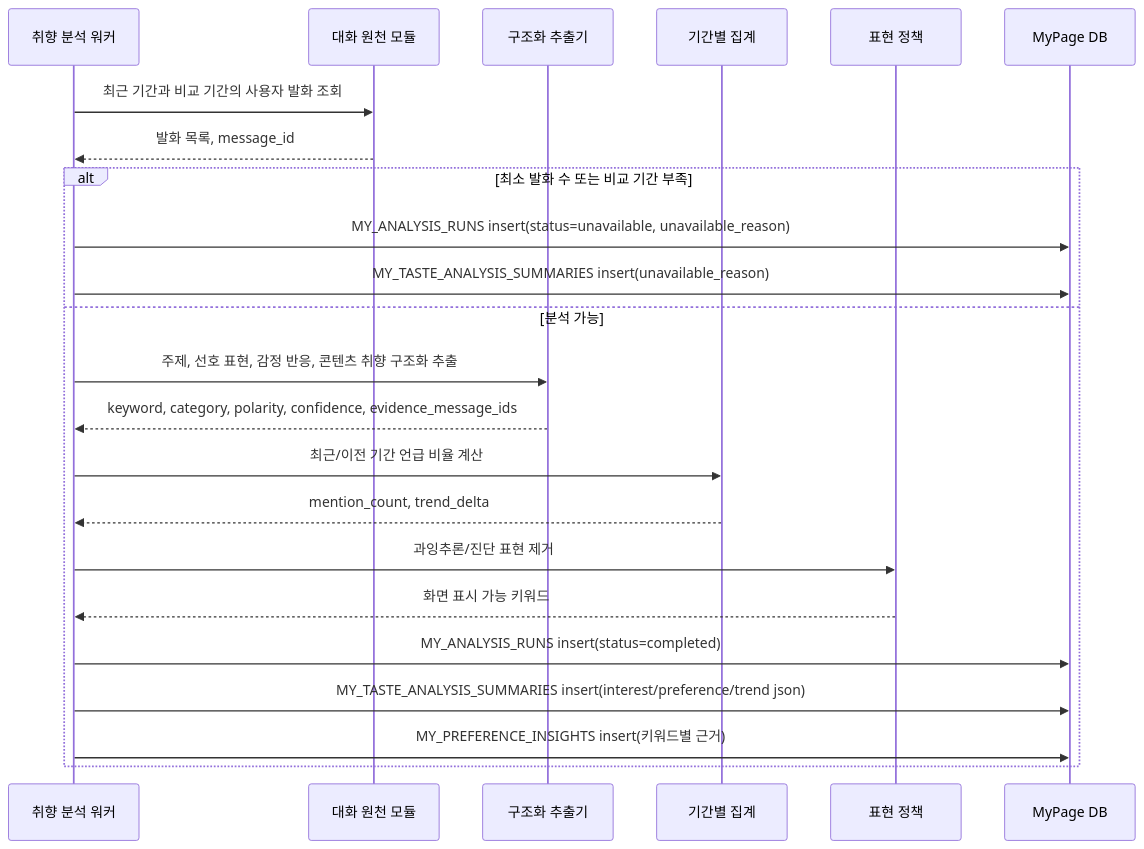
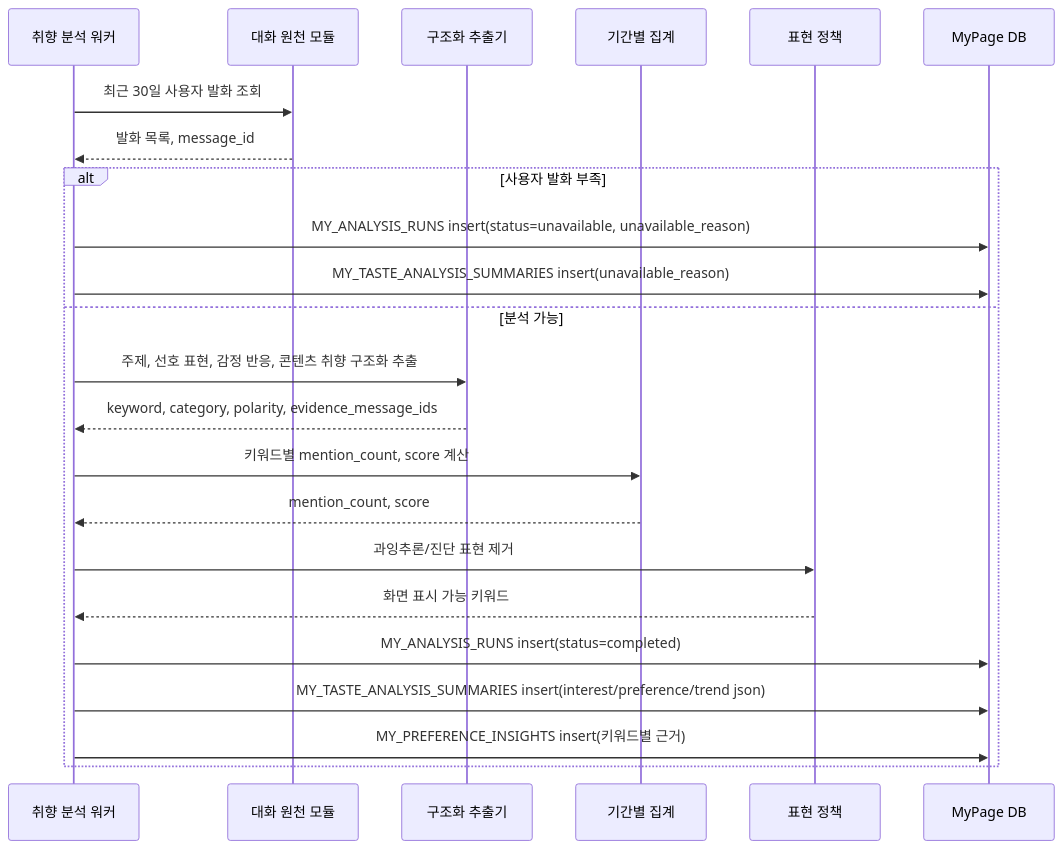
Before and after one commit to SKNETWORKS-FAMILY-AICAMP/SKN27-FINAL-4Team: the seventh of 8 diagrams in docs/한재웅/시퀀스다이어그램_MY_설정_관리자_v0.9.1.md, drawn with Mermaid. The commit also changed other lines of this file and 12 other files, not shown here.

````diff
--- a/docs/한재웅/시퀀스다이어그램_MY_설정_관리자_v0.9.1.md
+++ b/docs/한재웅/시퀀스다이어그램_MY_설정_관리자_v0.9.1.md
@@ -188,28 +223,28 @@
 ```mermaid
 sequenceDiagram
     participant Worker as 취향 분석 워커
     participant Chat as 대화 원천 모듈
     participant LLM as 구조화 추출기
     participant Stats as 기간별 집계
     participant Policy as 표현 정책
     participant DB as MyPage DB
 
-    Worker->>Chat: 최근 기간과 비교 기간의 사용자 발화 조회
+    Worker->>Chat: 최근 30일 사용자 발화 조회
     Chat-->>Worker: 발화 목록, message_id
 
-    alt 최소 발화 수 또는 비교 기간 부족
+    alt 사용자 발화 부족
         Worker->>DB: MY_ANALYSIS_RUNS insert(status=unavailable, unavailable_reason)
         Worker->>DB: MY_TASTE_ANALYSIS_SUMMARIES insert(unavailable_reason)
     else 분석 가능
         Worker->>LLM: 주제, 선호 표현, 감정 반응, 콘텐츠 취향 구조화 추출
-        LLM-->>Worker: keyword, category, polarity, confidence, evidence_message_ids
-        Worker->>Stats: 최근/이전 기간 언급 비율 계산
-        Stats-->>Worker: mention_count, trend_delta
+        LLM-->>Worker: keyword, category, polarity, evidence_message_ids
+        Worker->>Stats: 키워드별 mention_count, score 계산
+        Stats-->>Worker: mention_count, score
         Worker->>Policy: 과잉추론/진단 표현 제거
         Policy-->>Worker: 화면 표시 가능 키워드
 
         Worker->>DB: MY_ANALYSIS_RUNS insert(status=completed)
         Worker->>DB: MY_TASTE_ANALYSIS_SUMMARIES insert(interest/preference/trend json)
         Worker->>DB: MY_PREFERENCE_INSIGHTS insert(키워드별 근거)
     end
 ```
````
